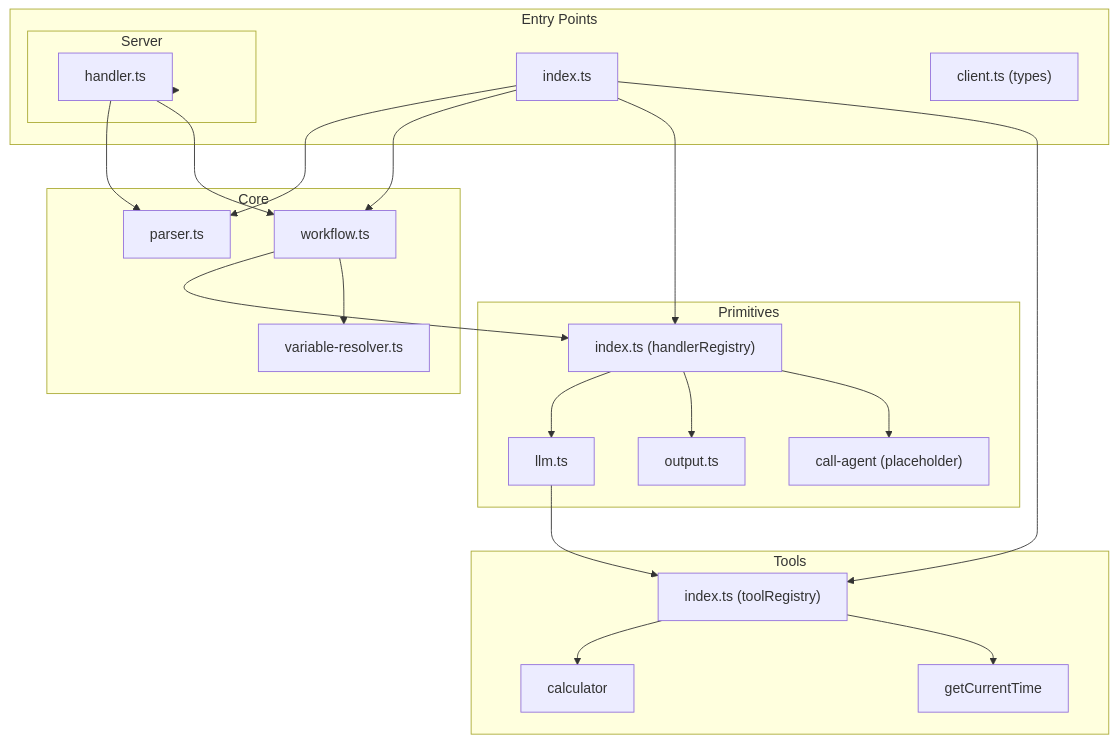
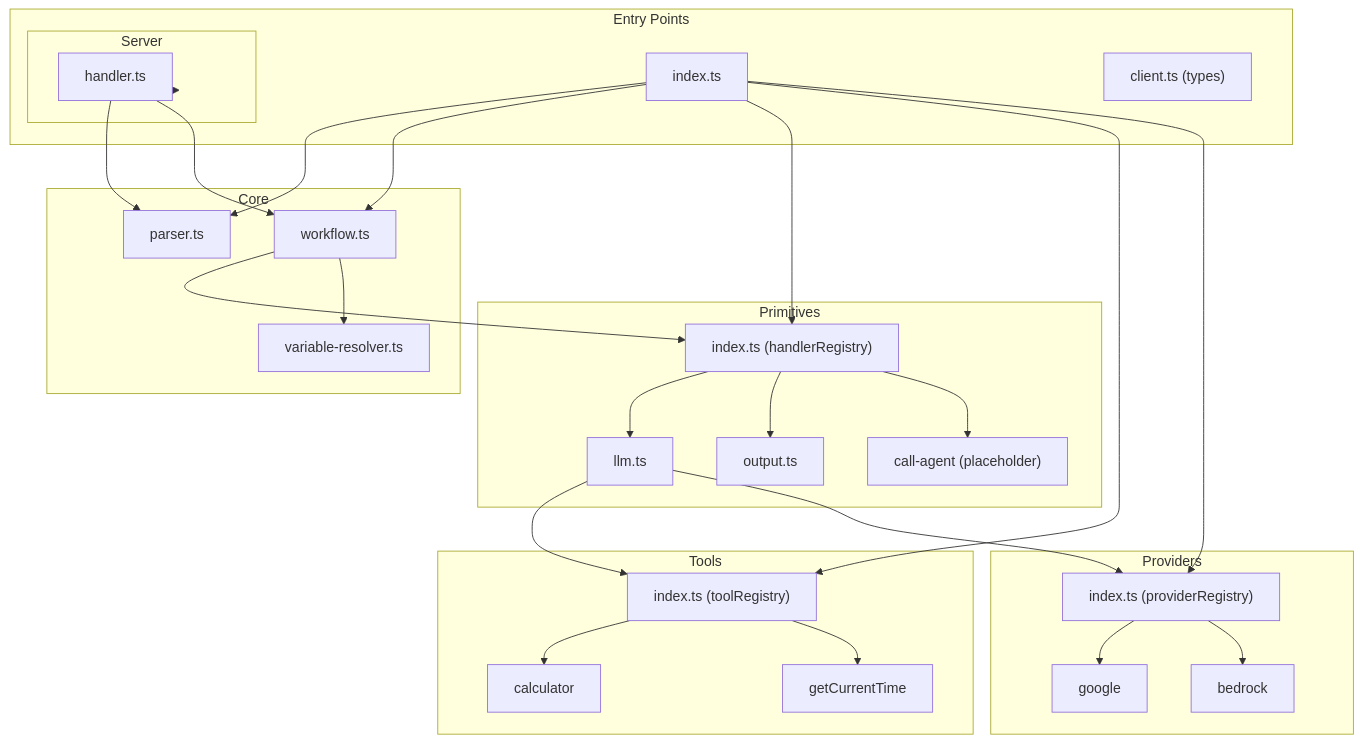
Before and after one commit to botanarede/beddel-chat: the diagram in packages/beddel/docs/architecture/components.md, drawn with Mermaid. The commit also changed other lines of this file and 7 other files, not shown here.

First line of the commit message:
docs: update architecture and add Bedrock provider documentation

````diff
--- a/packages/beddel/docs/architecture/components.md
+++ b/packages/beddel/docs/architecture/components.md
@@ -199,47 +245,57 @@
 ```mermaid
 graph TB
     subgraph "Entry Points"
         Index["index.ts"]
         Server["server.ts"]
         Client["client.ts (types)"]
     end
     
     subgraph "Core"
         Parser["parser.ts"]
         Executor["workflow.ts"]
         VarResolver["variable-resolver.ts"]
     end
     
     subgraph "Primitives"
         Registry["index.ts (handlerRegistry)"]
         LLMPrim["llm.ts"]
         OutputPrim["output.ts"]
         CallAgent["call-agent (placeholder)"]
     end
     
+    subgraph "Providers"
+        ProvReg["index.ts (providerRegistry)"]
+        Google["google"]
+        Bedrock["bedrock"]
+    end
+    
     subgraph "Tools"
         ToolReg["index.ts (toolRegistry)"]
         Calc["calculator"]
         Time["getCurrentTime"]
     end
     
     subgraph "Server"
         Handler["handler.ts"]
     end
     
     Index --> Parser
     Index --> Executor
     Index --> Registry
     Index --> ToolReg
+    Index --> ProvReg
     Server --> Handler
     Handler --> Parser
     Handler --> Executor
     Executor --> Registry
     Executor --> VarResolver
     Registry --> LLMPrim
     Registry --> OutputPrim
     Registry --> CallAgent
     LLMPrim --> ToolReg
+    LLMPrim --> ProvReg
+    ProvReg --> Google
+    ProvReg --> Bedrock
     ToolReg --> Calc
     ToolReg --> Time
 ```
````
